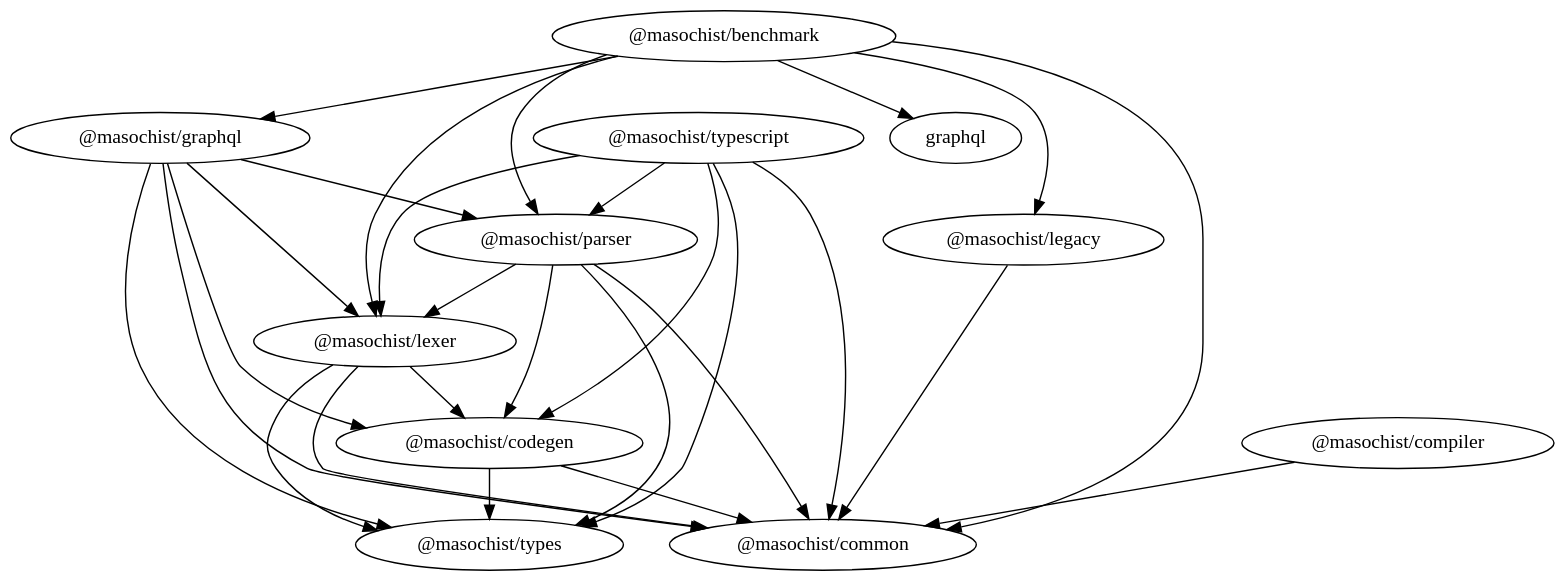
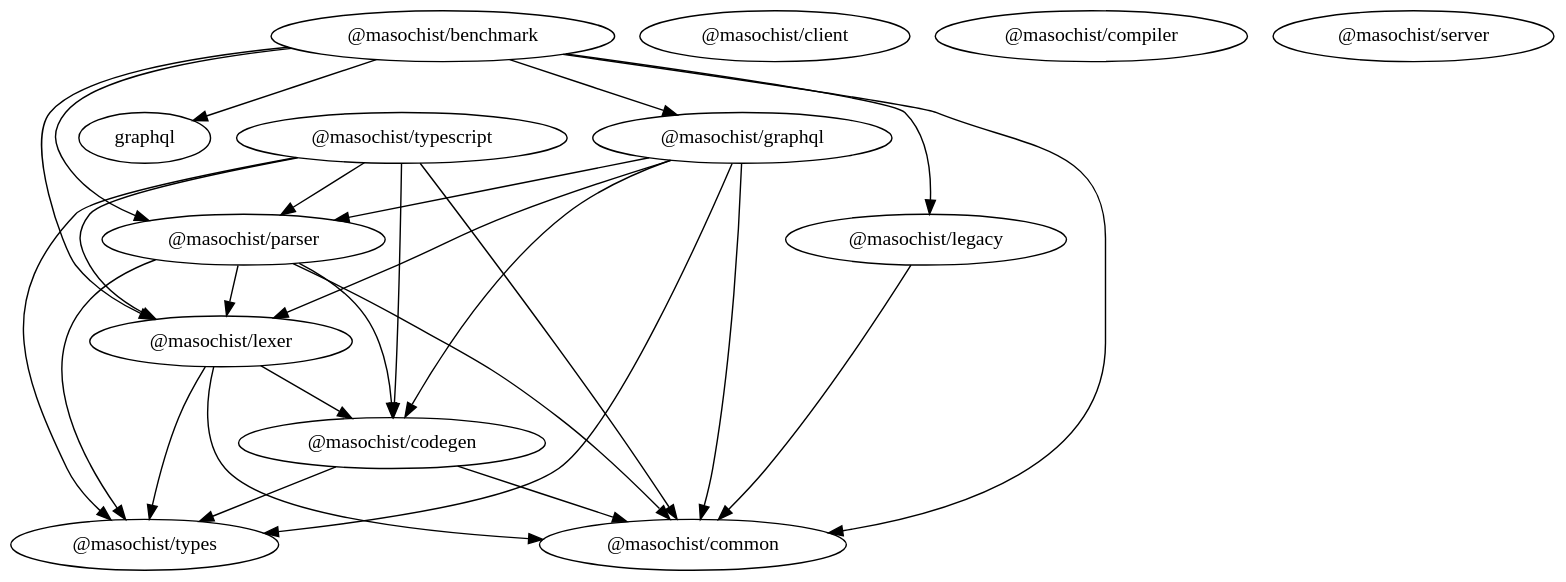
One commit to wincent/masochist changed the diagram in docs/packages-light.dot. Above: the diagram before and after it, drawn with Graphviz. The commit also changed 6 other files, not shown here.

First line of the commit message:
docs: fix dependency graph

```diff
--- a/docs/packages-light.dot
+++ b/docs/packages-light.dot
@@ -1,46 +1,49 @@
 // vim: set nomodifiable : DO NOT EDIT
 //
 // Edit "support/dotifyDependencyGraph.ts" and run "make docs" instead.
 //
 // @generated
 
 digraph dependency_graph {
   bgcolor = "transparent";
 
   node[color = "black", fontcolor = "black"]; "@masochist/benchmark"
+  node[color = "black", fontcolor = "black"]; "@masochist/client"
   node[color = "black", fontcolor = "black"]; "@masochist/codegen"
+  node[color = "black", fontcolor = "black"]; "@masochist/common"
   node[color = "black", fontcolor = "black"]; "@masochist/compiler"
   node[color = "black", fontcolor = "black"]; "@masochist/graphql"
   node[color = "black", fontcolor = "black"]; "@masochist/legacy"
   node[color = "black", fontcolor = "black"]; "@masochist/lexer"
   node[color = "black", fontcolor = "black"]; "@masochist/parser"
+  node[color = "black", fontcolor = "black"]; "@masochist/server"
+  node[color = "black", fontcolor = "black"]; "@masochist/types"
   node[color = "black", fontcolor = "black"]; "@masochist/typescript"
 
   "@masochist/benchmark" -> "@masochist/common" [color = "black", fontcolor = "black"];
   "@masochist/benchmark" -> "@masochist/graphql" [color = "black", fontcolor = "black"];
   "@masochist/benchmark" -> "@masochist/legacy" [color = "black", fontcolor = "black"];
   "@masochist/benchmark" -> "@masochist/lexer" [color = "black", fontcolor = "black"];
   "@masochist/benchmark" -> "@masochist/parser" [color = "black", fontcolor = "black"];
   "@masochist/benchmark" -> "graphql" [color = "black", fontcolor = "black"];
   "@masochist/codegen" -> "@masochist/common" [color = "black", fontcolor = "black"];
   "@masochist/codegen" -> "@masochist/types" [color = "black", fontcolor = "black"];
-  "@masochist/compiler" -> "@masochist/common" [color = "black", fontcolor = "black"];
   "@masochist/graphql" -> "@masochist/codegen" [color = "black", fontcolor = "black"];
   "@masochist/graphql" -> "@masochist/common" [color = "black", fontcolor = "black"];
   "@masochist/graphql" -> "@masochist/lexer" [color = "black", fontcolor = "black"];
   "@masochist/graphql" -> "@masochist/parser" [color = "black", fontcolor = "black"];
   "@masochist/graphql" -> "@masochist/types" [color = "black", fontcolor = "black"];
   "@masochist/legacy" -> "@masochist/common" [color = "black", fontcolor = "black"];
   "@masochist/lexer" -> "@masochist/codegen" [color = "black", fontcolor = "black"];
   "@masochist/lexer" -> "@masochist/common" [color = "black", fontcolor = "black"];
   "@masochist/lexer" -> "@masochist/types" [color = "black", fontcolor = "black"];
   "@masochist/parser" -> "@masochist/codegen" [color = "black", fontcolor = "black"];
   "@masochist/parser" -> "@masochist/common" [color = "black", fontcolor = "black"];
   "@masochist/parser" -> "@masochist/lexer" [color = "black", fontcolor = "black"];
   "@masochist/parser" -> "@masochist/types" [color = "black", fontcolor = "black"];
   "@masochist/typescript" -> "@masochist/codegen" [color = "black", fontcolor = "black"];
   "@masochist/typescript" -> "@masochist/common" [color = "black", fontcolor = "black"];
   "@masochist/typescript" -> "@masochist/lexer" [color = "black", fontcolor = "black"];
   "@masochist/typescript" -> "@masochist/parser" [color = "black", fontcolor = "black"];
   "@masochist/typescript" -> "@masochist/types" [color = "black", fontcolor = "black"];
 }
```
